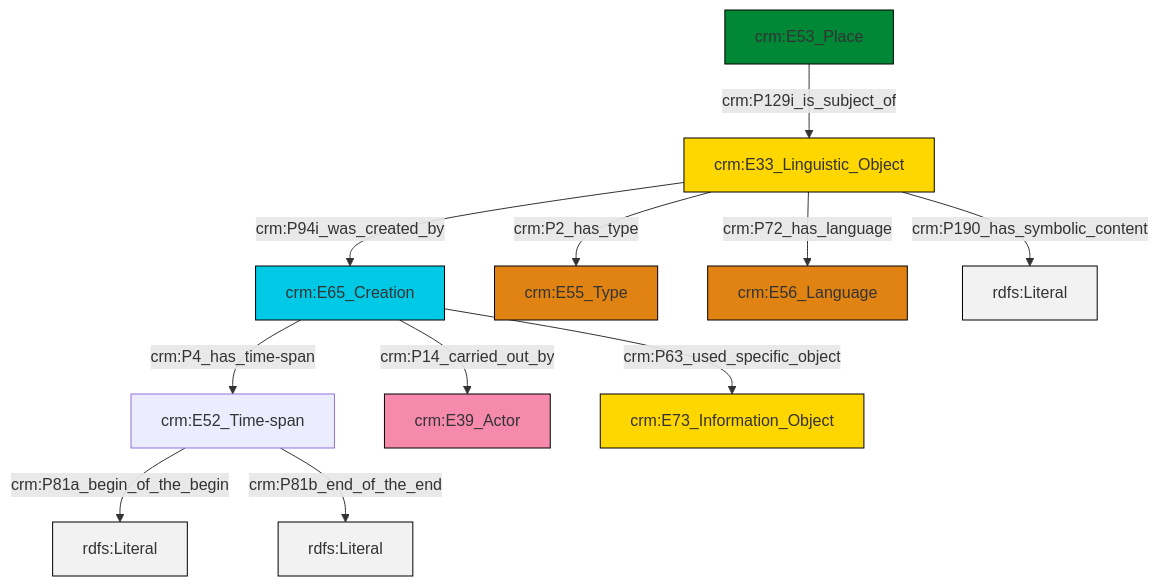
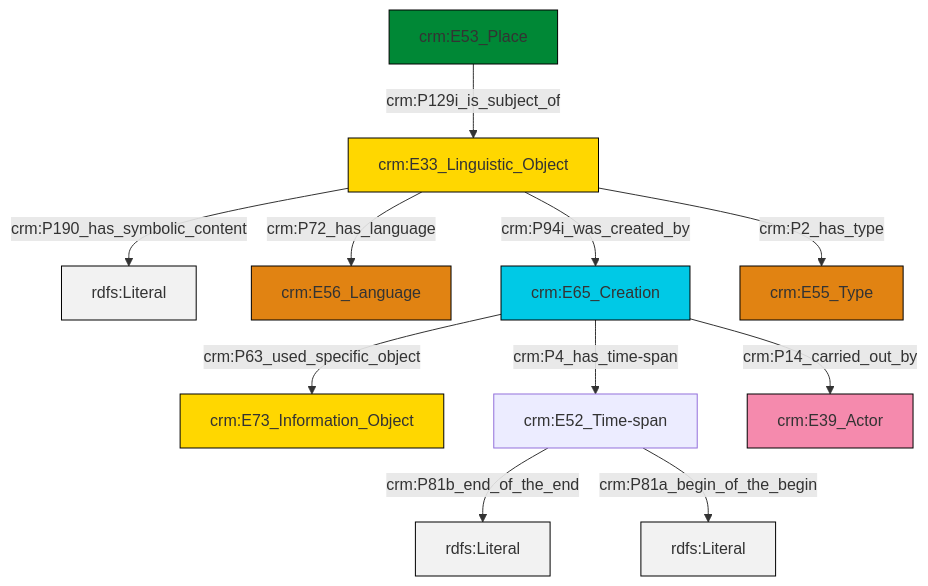
The diagram in et/placeCSV/ttl/mmd/place_description.ttl.mmd (swiss-art-research-net/reference-data-models), drawn with Mermaid before and after one commit. The commit also changed 128 other files, not shown here.

```diff
--- a/et/placeCSV/ttl/mmd/place_description.ttl.mmd
+++ b/et/placeCSV/ttl/mmd/place_description.ttl.mmd
@@ -1,25 +1,25 @@
 graph TD
 classDef Literal fill:#f2f2f2,stroke:#000000;
 classDef CRM_Entity fill:#FFFFFF,stroke:#000000;
 classDef Temporal_Entity fill:#00C9E6, stroke:#000000;
 classDef Type fill:#E18312, stroke:#000000;
 classDef Time-Span fill:#2C9C91, stroke:#000000;
 classDef Appellation fill:#FFEB7F, stroke:#000000;
 classDef Place fill:#008836, stroke:#000000;
 classDef Persistent_Item fill:#B266B2, stroke:#000000;
 classDef Conceptual_Object fill:#FFD700, stroke:#000000;
 classDef Physical_Thing fill:#D2B48C, stroke:#000000;
 classDef Actor fill:#f58aad, stroke:#000000;
 classDef PC_Classes fill:#4ce600, stroke:#000000;
 classDef Multi fill:#cccccc,stroke:#000000;
 
-0["crm:E52_Time-span"]:::Default -->|crm:P81a_begin_of_the_begin| 1[rdfs:Literal]:::Literal
-2["crm:E65_Creation"]:::Temporal_Entity -->|crm:P14_carried_out_by| 3["crm:E39_Actor"]:::Actor
-2["crm:E65_Creation"]:::Temporal_Entity -->|crm:P4_has_time-span| 0["crm:E52_Time-span"]:::Default
-10["crm:E53_Place"]:::Place -->|crm:P129i_is_subject_of| 11["crm:E33_Linguistic_Object"]:::Conceptual_Object
-0["crm:E52_Time-span"]:::Default -->|crm:P81b_end_of_the_end| 14[rdfs:Literal]:::Literal
-2["crm:E65_Creation"]:::Temporal_Entity -->|crm:P63_used_specific_object| 4["crm:E73_Information_Object"]:::Conceptual_Object
-11["crm:E33_Linguistic_Object"]:::Conceptual_Object -->|crm:P2_has_type| 8["crm:E55_Type"]:::Type
-11["crm:E33_Linguistic_Object"]:::Conceptual_Object -->|crm:P190_has_symbolic_content| 16[rdfs:Literal]:::Literal
-11["crm:E33_Linguistic_Object"]:::Conceptual_Object -->|crm:P94i_was_created_by| 2["crm:E65_Creation"]:::Temporal_Entity
-11["crm:E33_Linguistic_Object"]:::Conceptual_Object -->|crm:P72_has_language| 12["crm:E56_Language"]:::Type
+0["crm:E33_Linguistic_Object"]:::Conceptual_Object -->|crm:P190_has_symbolic_content| 1[rdfs:Literal]:::Literal
+4["crm:E52_Time-span"]:::Default -->|crm:P81b_end_of_the_end| 5[rdfs:Literal]:::Literal
+0["crm:E33_Linguistic_Object"]:::Conceptual_Object -->|crm:P72_has_language| 6["crm:E56_Language"]:::Type
+7["crm:E65_Creation"]:::Temporal_Entity -->|crm:P4_has_time-span| 4["crm:E52_Time-span"]:::Default
+0["crm:E33_Linguistic_Object"]:::Conceptual_Object -->|crm:P94i_was_created_by| 7["crm:E65_Creation"]:::Temporal_Entity
+7["crm:E65_Creation"]:::Temporal_Entity -->|crm:P63_used_specific_object| 2["crm:E73_Information_Object"]:::Conceptual_Object
+7["crm:E65_Creation"]:::Temporal_Entity -->|crm:P14_carried_out_by| 8["crm:E39_Actor"]:::Actor
+0["crm:E33_Linguistic_Object"]:::Conceptual_Object -->|crm:P2_has_type| 15["crm:E55_Type"]:::Type
+4["crm:E52_Time-span"]:::Default -->|crm:P81a_begin_of_the_begin| 16[rdfs:Literal]:::Literal
+13["crm:E53_Place"]:::Place -->|crm:P129i_is_subject_of| 0["crm:E33_Linguistic_Object"]:::Conceptual_Object
```
